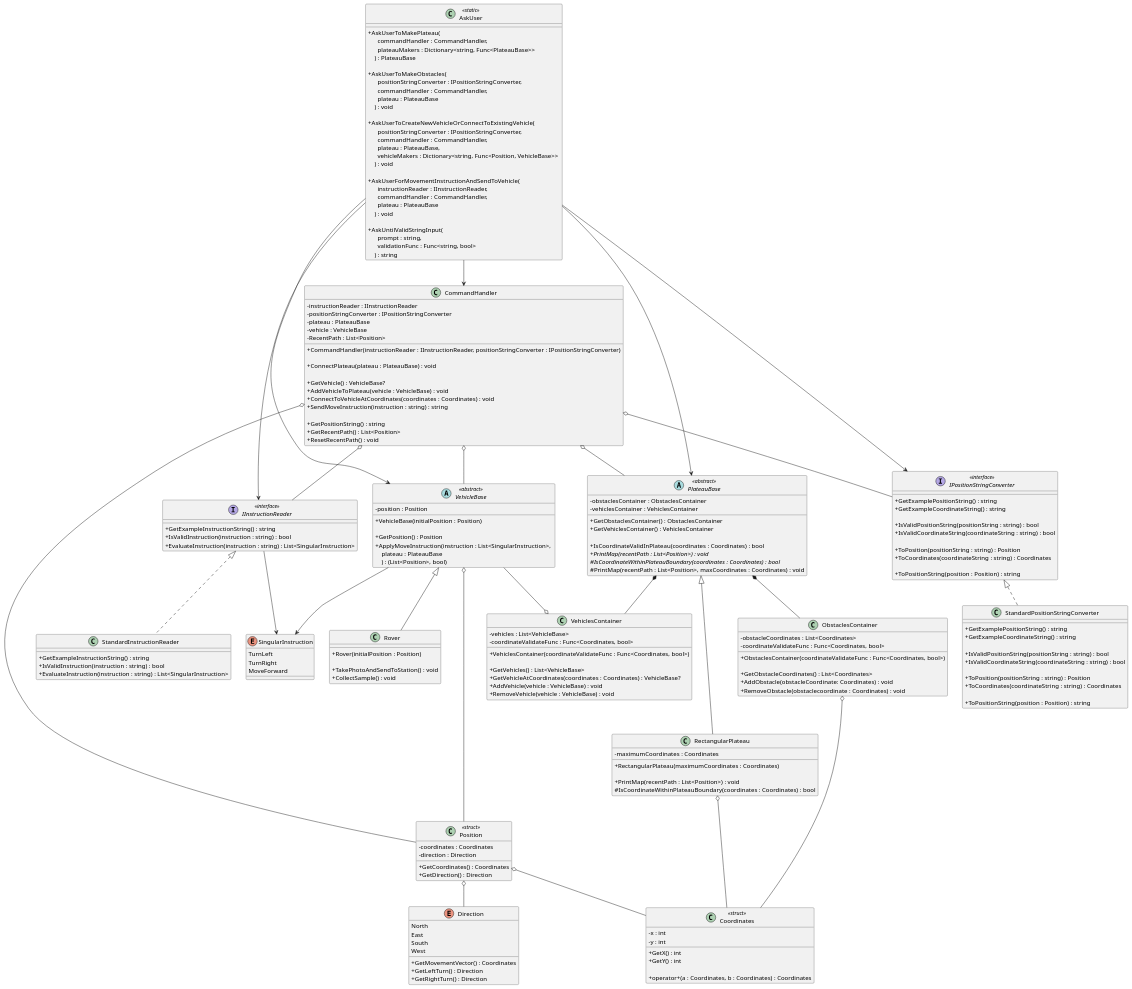
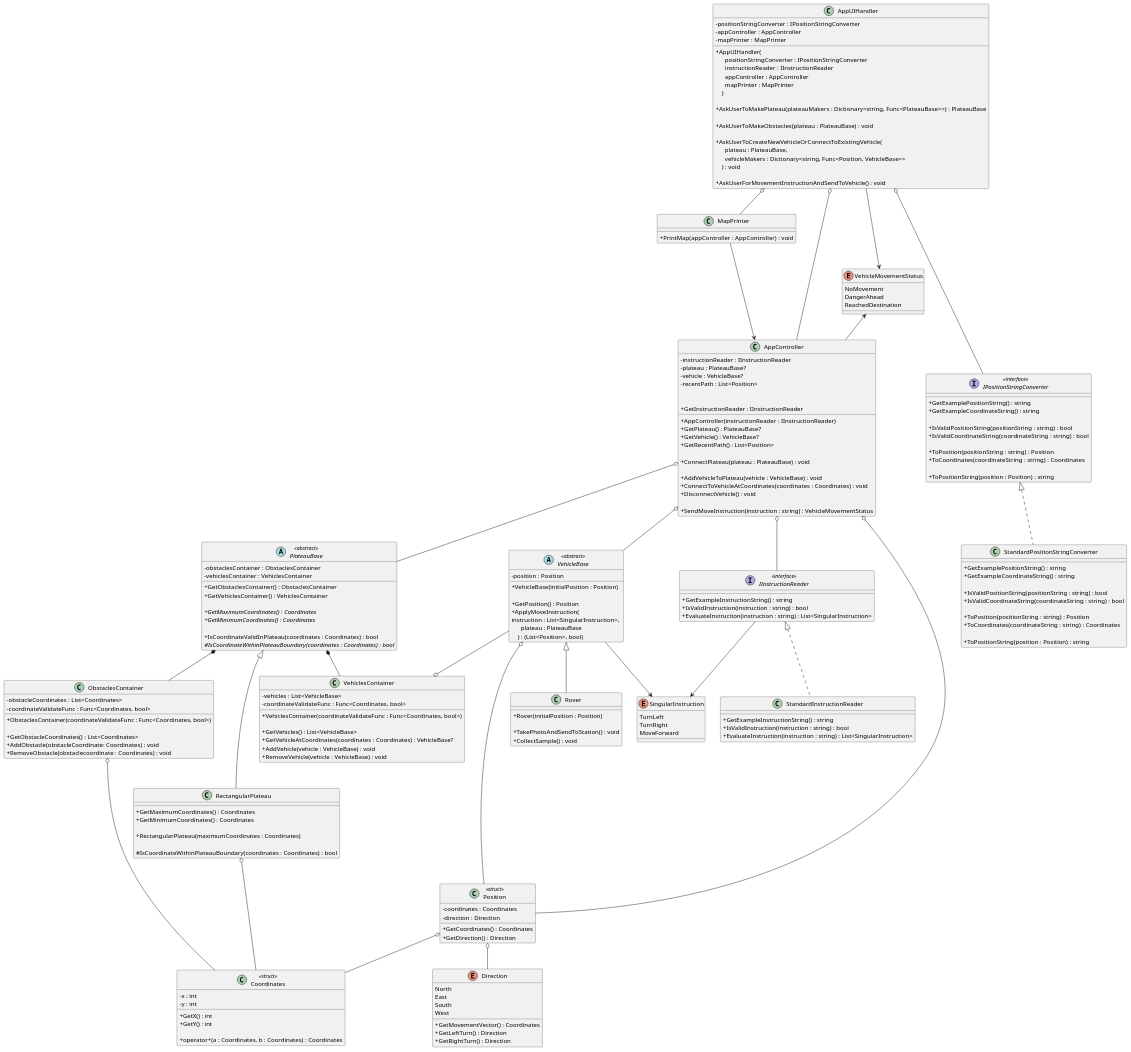
Before and after one commit to iamfranco/MarsRoverChallenge: the diagram in diagrams/MarsRoverChallenge.puml, drawn with PlantUML. The commit also changed 1 other file, not shown here.

Commit message:
UML: remove static UI related classes since they only contain implementation detail used by AppUIHandler

```diff
--- a/diagrams/MarsRoverChallenge.puml
+++ b/diagrams/MarsRoverChallenge.puml
@@ -1,58 +1,71 @@
 @startuml "Mars Rover Challenge"
 skinparam classAttributeIconSize 0
 
-class AskUser <<static>>
+class MapPrinter
 {
-  + AskUserToMakePlateau(\n\
-      commandHandler : CommandHandler, \n\
-      plateauMakers : Dictionary<string, Func<PlateauBase>> \n\
-    ) : PlateauBase
+  + PrintMap(appController : AppController) : void
+}
+
+class AppUIHandler
+{
+  - positionStringConverter : IPositionStringConverter
+  - appController : AppController
+  - mapPrinter : MapPrinter
+
+  + AppUIHandler( \n\
+      positionStringConverter : IPositionStringConverter \n\
+      instructionReader : IInstructionReader \n\
+      appController : AppController \n\
+      mapPrinter : MapPrinter \n\
+    )
+
+  + AskUserToMakePlateau(plateauMakers : Dictionary<string, Func<PlateauBase>>) : PlateauBase
   
-  + AskUserToMakeObstacles(\n\
-      positionStringConverter : IPositionStringConverter, \n\
-      commandHandler : CommandHandler, \n\
-      plateau : PlateauBase \n\
-    ) : void
-  
+  + AskUserToMakeObstacles(plateau : PlateauBase) : void
+
   + AskUserToCreateNewVehicleOrConnectToExistingVehicle( \n\
-      positionStringConverter : IPositionStringConverter, \n\
-      commandHandler : CommandHandler, \n\
       plateau : PlateauBase, \n\
       vehicleMakers : Dictionary<string, Func<Position, VehicleBase>> \n\
     ) : void
 
-  + AskUserForMovementInstructionAndSendToVehicle( \n\
-      instructionReader : IInstructionReader, \n\
-      commandHandler : CommandHandler, \n\
-      plateau : PlateauBase \n\
-    ) : void
-  
-  + AskUntilValidStringInput(\n\
-      prompt : string, \n\
-      validationFunc : Func<string, bool> \n\
-    ) : string
+  + AskUserForMovementInstructionAndSendToVehicle() : void
 }
 
-class CommandHandler
+enum VehicleMovementStatus
+{
+  NoMovement
+  DangerAhead
+  ReachedDestination
+} 
+
+class AppController
 {
   - instructionReader : IInstructionReader
-  - positionStringConverter : IPositionStringConverter
-  - plateau : PlateauBase
-  - vehicle : VehicleBase
-  - RecentPath : List<Position>
+  - plateau : PlateauBase?
+  - vehicle : VehicleBase?
+  - recentPath : List<Position>
 
-  + CommandHandler(instructionReader : IInstructionReader, positionStringConverter : IPositionStringConverter)
+  + AppController(instructionReader : IInstructionReader)
   
+  + GetInstructionReader : IInstructionReader
+  + GetPlateau() : PlateauBase?
+  + GetVehicle() : VehicleBase?
+  + GetRecentPath() : List<Position>
+
   + ConnectPlateau(plateau : PlateauBase) : void
 
-  + GetVehicle() : VehicleBase?
   + AddVehicleToPlateau(vehicle : VehicleBase) : void
   + ConnectToVehicleAtCoordinates(coordinates : Coordinates) : void
-  + SendMoveInstruction(instruction : string) : string
+  + DisconnectVehicle() : void
 
-  + GetPositionString() : string
-  + GetRecentPath() : List<Position>
-  + ResetRecentPath() : void
+  + SendMoveInstruction(instruction : string) : VehicleMovementStatus
+}
+
+enum SingularInstruction
+{
+  TurnLeft
+  TurnRight
+  MoveForward
 }
 
 interface IInstructionReader <<interface>>
@@ -60,13 +73,6 @@
   + GetExampleInstructionString() : string
   + IsValidInstruction(instruction : string) : bool
   + EvaluateInstruction(instruction : string) : List<SingularInstruction>
-}
-
-enum SingularInstruction
-{
-  TurnLeft
-  TurnRight
-  MoveForward
 }
 
 class StandardInstructionReader
@@ -88,30 +94,6 @@
   + RemoveObstacle(obstaclecoordinate : Coordinates) : void
 }
 
-abstract PlateauBase <<abstract>>
-{
-  - obstaclesContainer : ObstaclesContainer
-  - vehiclesContainer : VehiclesContainer
-
-  + GetObstaclesContainer() : ObstaclesContainer
-  + GetVehiclesContainer() : VehiclesContainer
-
-  + IsCoordinateValidInPlateau(coordinates : Coordinates) : bool
-  {abstract} + PrintMap(recentPath : List<Position>) : void
-  {abstract} # IsCoordinateWithinPlateauBoundary(coordinates : Coordinates) : bool
-  # PrintMap(recentPath : List<Position>, maxCoordinates : Coordinates) : void
-}
-
-class RectangularPlateau
-{
-  - maximumCoordinates : Coordinates
-
-  + RectangularPlateau(maximumCoordinates : Coordinates)
-
-  + PrintMap(recentPath : List<Position>) : void
-  # IsCoordinateWithinPlateauBoundary(coordinates : Coordinates) : bool
-}
-
 class VehiclesContainer
 {
   - vehicles : List<VehicleBase>
@@ -123,6 +105,31 @@
   + GetVehicleAtCoordinates(coordinates : Coordinates) : VehicleBase?
   + AddVehicle(vehicle : VehicleBase) : void
   + RemoveVehicle(vehicle : VehicleBase) : void
+}
+
+abstract PlateauBase <<abstract>>
+{
+  - obstaclesContainer : ObstaclesContainer
+  - vehiclesContainer : VehiclesContainer
+
+  + GetObstaclesContainer() : ObstaclesContainer
+  + GetVehiclesContainer() : VehiclesContainer
+
+  {abstract} + GetMaximumCoordinates() : Coordinates
+  {abstract} + GetMinimumCoordinates() : Coordinates
+
+  + IsCoordinateValidInPlateau(coordinates : Coordinates) : bool
+  {abstract} # IsCoordinateWithinPlateauBoundary(coordinates : Coordinates) : bool
+}
+
+class RectangularPlateau
+{
+  + GetMaximumCoordinates() : Coordinates
+  + GetMinimumCoordinates() : Coordinates
+
+  + RectangularPlateau(maximumCoordinates : Coordinates)
+
+  # IsCoordinateWithinPlateauBoundary(coordinates : Coordinates) : bool
 }
 
 class Coordinates <<struct>>
@@ -148,6 +155,15 @@
   + GetRightTurn() : Direction
 }
 
+class Position <<struct>>
+{
+  - coordinates : Coordinates
+  - direction : Direction
+
+  + GetCoordinates() : Coordinates
+  + GetDirection() : Direction
+}
+
 interface IPositionStringConverter <<interface>>
 {
   + GetExamplePositionString() : string
@@ -160,15 +176,6 @@
   + ToCoordinates(coordinateString : string) : Coordinates
 
   + ToPositionString(position : Position) : string
-}
-
-class Position <<struct>>
-{
-  - coordinates : Coordinates
-  - direction : Direction
-
-  + GetCoordinates() : Coordinates
-  + GetDirection() : Direction
 }
 
 class StandardPositionStringConverter
@@ -200,22 +207,24 @@
   + VehicleBase(initialPosition : Position)
 
   + GetPosition() : Position
-  + ApplyMoveInstruction(instruction : List<SingularInstruction>, \n\
-    plateau : PlateauBase \n\
+  + ApplyMoveInstruction(
+      instruction : List<SingularInstruction>, \n\
+      plateau : PlateauBase \n\
     ) : (List<Position>, bool)
 }
 
-AskUser --> CommandHandler
-AskUser --[norank]--> PlateauBase
-AskUser --[norank]--> IPositionStringConverter
-AskUser --l[norank]--> IInstructionReader
-AskUser --l[norank]--> VehicleBase
+AppUIHandler o--- AppController
+AppUIHandler o-- MapPrinter
+AppUIHandler o---- IPositionStringConverter
+AppUIHandler --> VehicleMovementStatus
 
-CommandHandler o-- IInstructionReader
-CommandHandler o-- IPositionStringConverter
-CommandHandler o-- PlateauBase
-CommandHandler o-- VehicleBase
-CommandHandler o----- Position
+MapPrinter ---> AppController
+
+AppController o-- IInstructionReader
+AppController o-- PlateauBase
+AppController o-- VehicleBase
+AppController o----- Position
+AppController -u-> VehicleMovementStatus
 
 IInstructionReader <|.. StandardInstructionReader 
 
```
